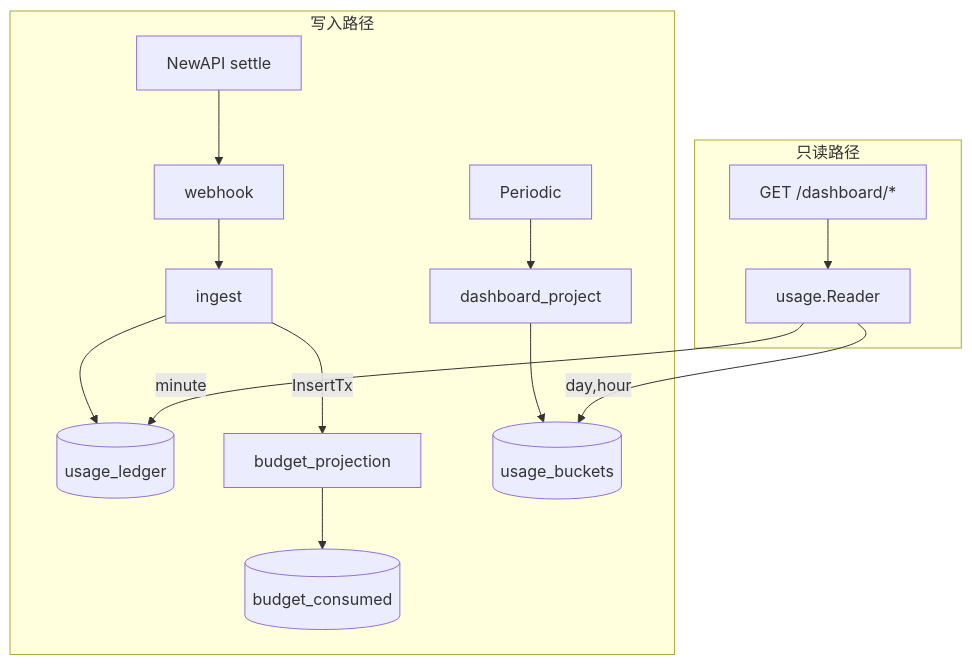
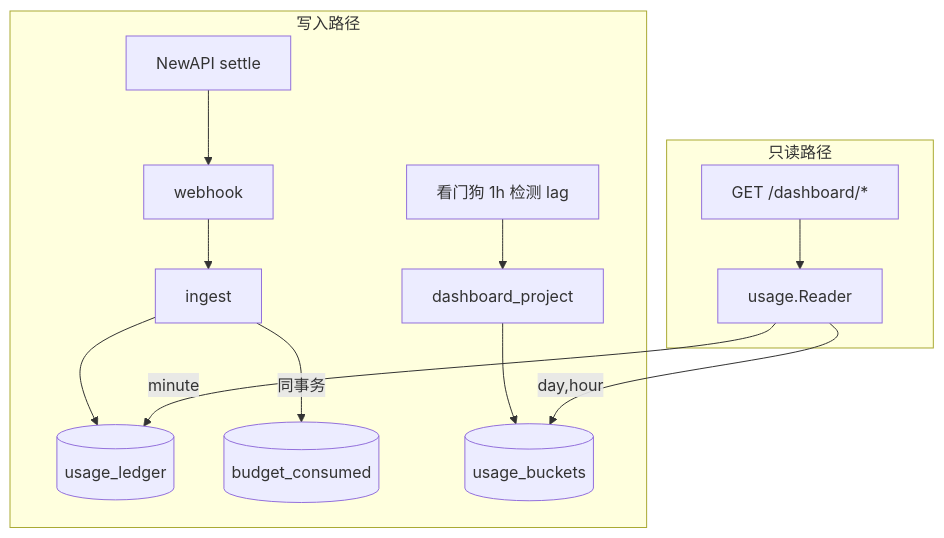
The sixth of 6 diagrams in apps/docs/Backend-架构.md (quyip8818/mytokenjoy), drawn with Mermaid before and after one commit. The commit also changed other lines of this file and 33 other files, not shown here.

````diff
--- a/apps/docs/Backend-架构.md
+++ b/apps/docs/Backend-架构.md
@@ -477,16 +475,15 @@
 ```mermaid
 flowchart TB
   subgraph write [写入路径]
     NA[NewAPI settle] --> WH[webhook] --> ING[ingest]
     ING --> UL[(usage_ledger)]
-    ING -->|InsertTx| BP[budget_projection]
-    BP --> BC[(budget_consumed)]
-    PER[Periodic] --> DP[dashboard_project] --> UB[(usage_buckets)]
+    ING -->|同事务| BC[(budget_consumed)]
+    WD[看门狗 1h 检测 lag] --> DP[dashboard_project] --> UB[(usage_buckets)]
   end
   subgraph read [只读路径]
     API["GET /dashboard/*"]
     API --> RDR[usage.Reader]
     RDR -->|day,hour| UB
     RDR -->|minute| UL
   end
 ```
````
